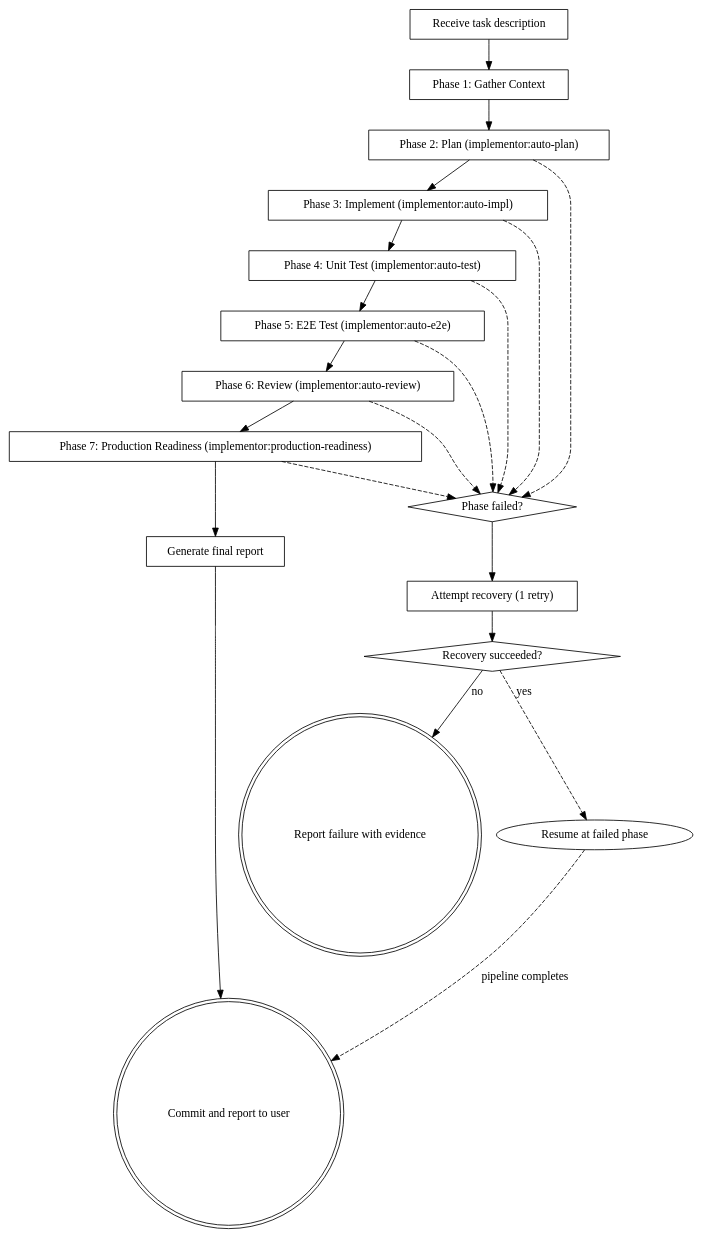
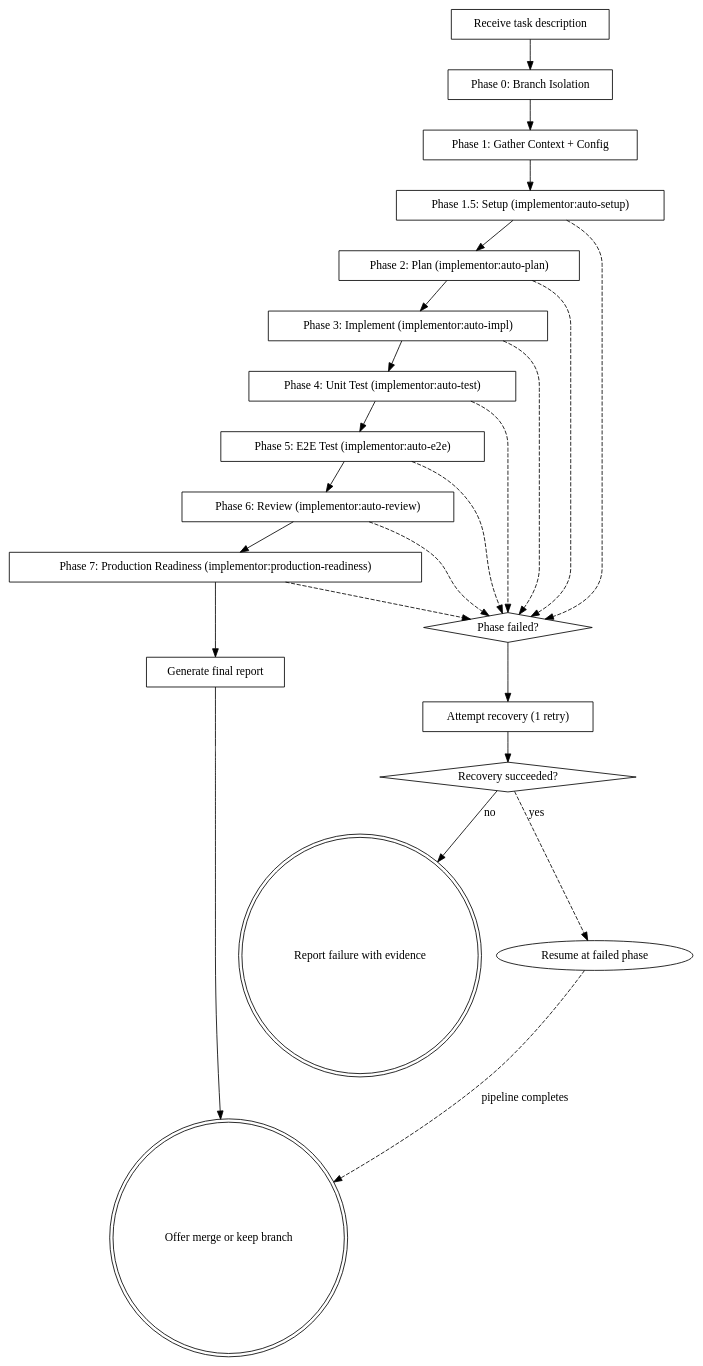
The diagram in skills/run/SKILL.md (hybriden/shipwright), drawn with Graphviz before and after one commit. The commit also changed other lines of this file, not shown here.

First line of the commit message:
feat: add git branch isolation, progress updates, setup phase, and config to run

````diff
--- a/skills/run/SKILL.md
+++ b/skills/run/SKILL.md
@@ -32,42 +32,47 @@
 ```dot
 digraph run_pipeline {
     rankdir=TB;
 
     "Receive task description" [shape=box];
-    "Phase 1: Gather Context" [shape=box];
+    "Phase 0: Branch Isolation" [shape=box];
+    "Phase 1: Gather Context + Config" [shape=box];
+    "Phase 1.5: Setup (implementor:auto-setup)" [shape=box];
     "Phase 2: Plan (implementor:auto-plan)" [shape=box];
     "Phase 3: Implement (implementor:auto-impl)" [shape=box];
     "Phase 4: Unit Test (implementor:auto-test)" [shape=box];
     "Phase 5: E2E Test (implementor:auto-e2e)" [shape=box];
     "Phase 6: Review (implementor:auto-review)" [shape=box];
     "Phase 7: Production Readiness (implementor:production-readiness)" [shape=box];
     "Generate final report" [shape=box];
-    "Commit and report to user" [shape=doublecircle];
+    "Offer merge or keep branch" [shape=doublecircle];
     "Phase failed?" [shape=diamond];
     "Attempt recovery (1 retry)" [shape=box];
     "Recovery succeeded?" [shape=diamond];
     "Report failure with evidence" [shape=doublecircle];
 
-    "Receive task description" -> "Phase 1: Gather Context";
-    "Phase 1: Gather Context" -> "Phase 2: Plan (implementor:auto-plan)";
+    "Receive task description" -> "Phase 0: Branch Isolation";
+    "Phase 0: Branch Isolation" -> "Phase 1: Gather Context + Config";
+    "Phase 1: Gather Context + Config" -> "Phase 1.5: Setup (implementor:auto-setup)";
+    "Phase 1.5: Setup (implementor:auto-setup)" -> "Phase 2: Plan (implementor:auto-plan)";
     "Phase 2: Plan (implementor:auto-plan)" -> "Phase 3: Implement (implementor:auto-impl)";
     "Phase 3: Implement (implementor:auto-impl)" -> "Phase 4: Unit Test (implementor:auto-test)";
     "Phase 4: Unit Test (implementor:auto-test)" -> "Phase 5: E2E Test (implementor:auto-e2e)";
     "Phase 5: E2E Test (implementor:auto-e2e)" -> "Phase 6: Review (implementor:auto-review)";
     "Phase 6: Review (implementor:auto-review)" -> "Phase 7: Production Readiness (implementor:production-readiness)";
     "Phase 7: Production Readiness (implementor:production-readiness)" -> "Generate final report";
-    "Generate final report" -> "Commit and report to user";
+    "Generate final report" -> "Offer merge or keep branch";
 
+    "Phase 1.5: Setup (implementor:auto-setup)" -> "Phase failed?" [style=dashed];
     "Phase 2: Plan (implementor:auto-plan)" -> "Phase failed?" [style=dashed];
     "Phase 3: Implement (implementor:auto-impl)" -> "Phase failed?" [style=dashed];
     "Phase 4: Unit Test (implementor:auto-test)" -> "Phase failed?" [style=dashed];
     "Phase 5: E2E Test (implementor:auto-e2e)" -> "Phase failed?" [style=dashed];
     "Phase 6: Review (implementor:auto-review)" -> "Phase failed?" [style=dashed];
     "Phase 7: Production Readiness (implementor:production-readiness)" -> "Phase failed?" [style=dashed];
     "Phase failed?" -> "Attempt recovery (1 retry)";
     "Attempt recovery (1 retry)" -> "Recovery succeeded?";
     "Recovery succeeded?" -> "Resume at failed phase" [label="yes" style=dashed];
-    "Resume at failed phase" -> "Commit and report to user" [label="pipeline completes" style=dashed];
+    "Resume at failed phase" -> "Offer merge or keep branch" [label="pipeline completes" style=dashed];
     "Recovery succeeded?" -> "Report failure with evidence" [label="no"];
 }
 ```
````
